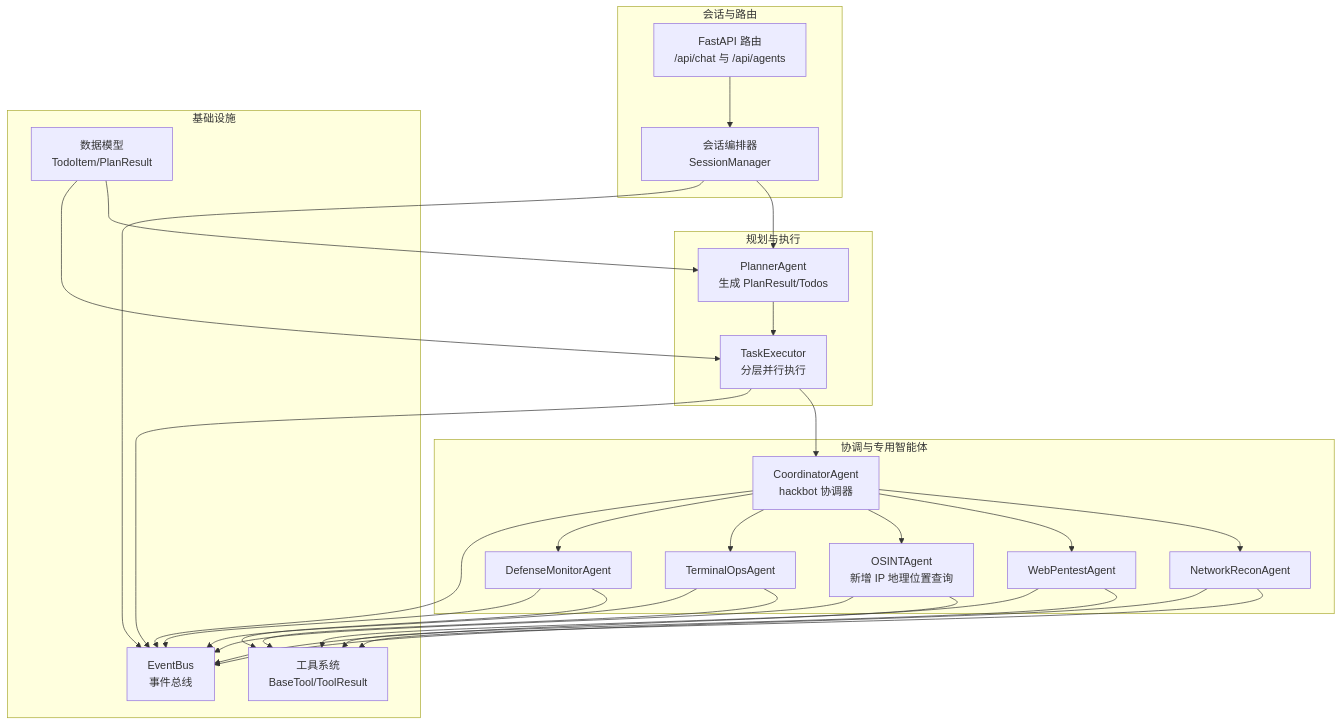
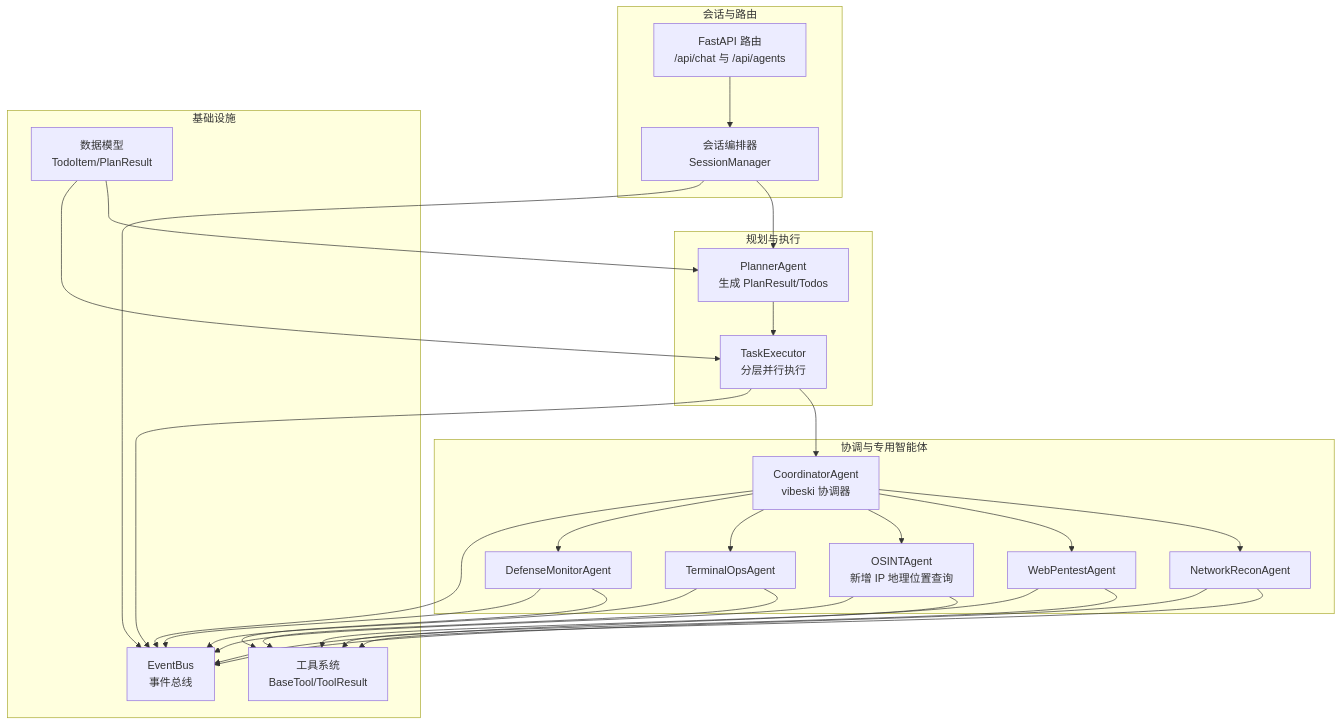
The first of 7 diagrams in .qoder/repowiki/zh/content/项目概述/核心功能特性/多智能体协作系统/多智能体协作系统.md (crabin/VIBESKI), drawn with Mermaid before and after one commit. The commit also changed other lines of this file and 170 other files, not shown here.

Commit message:
chore: rename all secbot/hackbot identifiers to vibeski

````diff
--- a/.qoder/repowiki/zh/content/项目概述/核心功能特性/多智能体协作系统/多智能体协作系统.md
+++ b/.qoder/repowiki/zh/content/项目概述/核心功能特性/多智能体协作系统/多智能体协作系统.md
@@ -45,48 +45,48 @@
 ```mermaid
 graph TB
 subgraph "会话与路由"
 Router["FastAPI 路由<br/>/api/chat 与 /api/agents"]
 SessionMgr["会话编排器SessionManager"]
 end
 subgraph "规划与执行"
 Planner["PlannerAgent<br/>生成 PlanResult/Todos"]
 Executor["TaskExecutor<br/>分层并行执行"]
 end
 subgraph "协调与专用智能体"
-Coord["CoordinatorAgent<br/>hackbot 协调器"]
+Coord["CoordinatorAgent<br/>vibeski 协调器"]
 Net["NetworkReconAgent"]
 Web["WebPentestAgent"]
 OSINT["OSINTAgent<br/>新增 IP 地理位置查询"]
 Term["TerminalOpsAgent"]
 Def["DefenseMonitorAgent"]
 end
 subgraph "基础设施"
 EventBus["EventBus<br/>事件总线"]
 Tools["工具系统<br/>BaseTool/ToolResult"]
 Models["数据模型<br/>TodoItem/PlanResult"]
 end
 Router --> SessionMgr
 SessionMgr --> Planner
 Planner --> Executor
 Executor --> Coord
 Coord --> Net
 Coord --> Web
 Coord --> OSINT
 Coord --> Term
 Coord --> Def
 Net --> Tools
 Web --> Tools
 OSINT --> Tools
 Term --> Tools
 Def --> Tools
 Coord --> EventBus
 Net --> EventBus
 Web --> EventBus
 OSINT --> EventBus
 Term --> EventBus
 Def --> EventBus
 Executor --> EventBus
 SessionMgr --> EventBus
 Models --> Planner
 Models --> Executor
 ```
````
